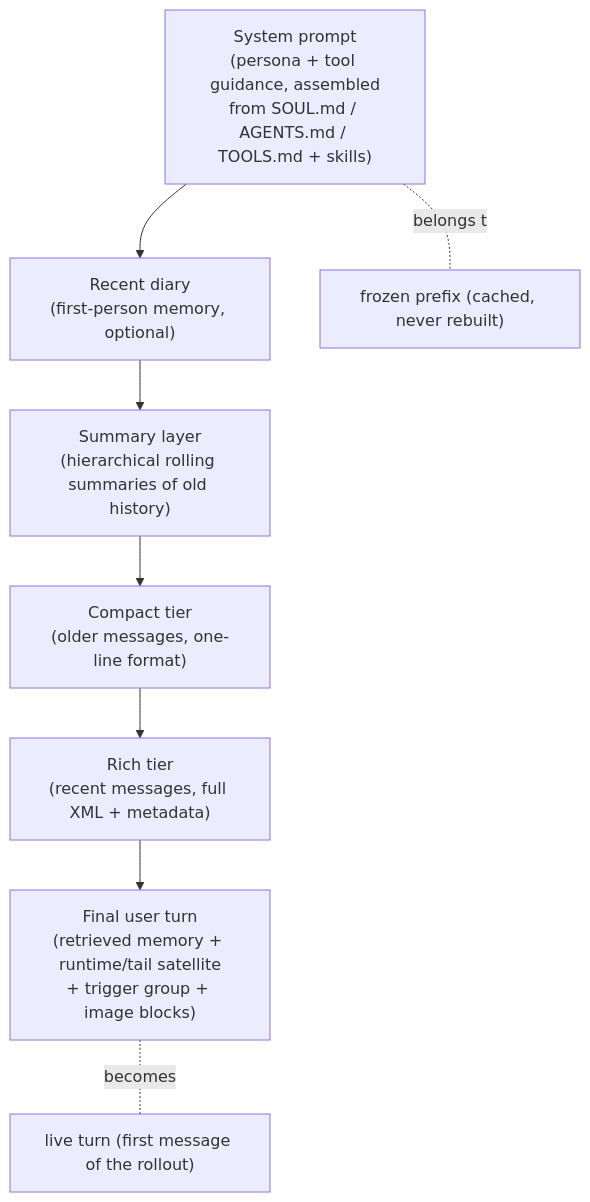
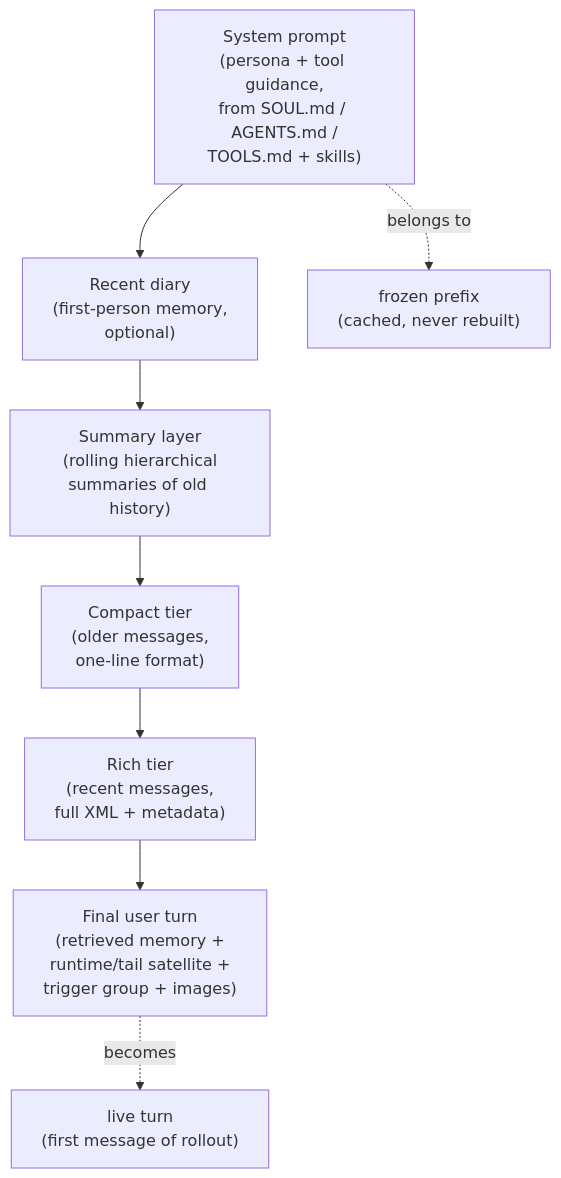
The first of 3 diagrams in README.md (reasv/mikuswarm), drawn with Mermaid before and after one commit. The commit also changed other lines of this file, not shown here.

````diff
--- a/README.md
+++ b/README.md
@@ -50,16 +50,16 @@
 ```mermaid
 flowchart TD
-    SP["System prompt<br/>(persona + tool guidance, assembled<br/>from SOUL.md / AGENTS.md / TOOLS.md + skills)"]
-    DIARY["Recent diary<br/>(first-person memory, optional)"]
-    SUM["Summary layer<br/>(hierarchical rolling summaries of old history)"]
-    COMPACT["Compact tier<br/>(older messages, one-line format)"]
-    RICH["Rich tier<br/>(recent messages, full XML + metadata)"]
-    FINAL["Final user turn<br/>(retrieved memory + runtime/tail satellite<br/>+ trigger group + image blocks)"]
+    SP["System prompt<br/>(persona + tool guidance,<br/>from SOUL.md / AGENTS.md /<br/>TOOLS.md + skills)"]
+    DIARY["Recent diary<br/>(first-person memory,<br/>optional)"]
+    SUM["Summary layer<br/>(rolling hierarchical<br/>summaries of old history)"]
+    COMPACT["Compact tier<br/>(older messages,<br/>one-line format)"]
+    RICH["Rich tier<br/>(recent messages,<br/>full XML + metadata)"]
+    FINAL["Final user turn<br/>(retrieved memory +<br/>runtime/tail satellite +<br/>trigger group + images)"]
 
     SP --> DIARY --> SUM --> COMPACT --> RICH --> FINAL
 
-    FROZEN["frozen prefix (cached, never rebuilt)"]
-    LIVE["live turn (first message of the rollout)"]
-    SP -.belongs to.- FROZEN
-    FINAL -.becomes.- LIVE
+    FROZEN["frozen prefix<br/>(cached, never rebuilt)"]
+    LIVE["live turn<br/>(first message of rollout)"]
+    SP -.->|belongs to| FROZEN
+    FINAL -.->|becomes| LIVE
 ```
````
